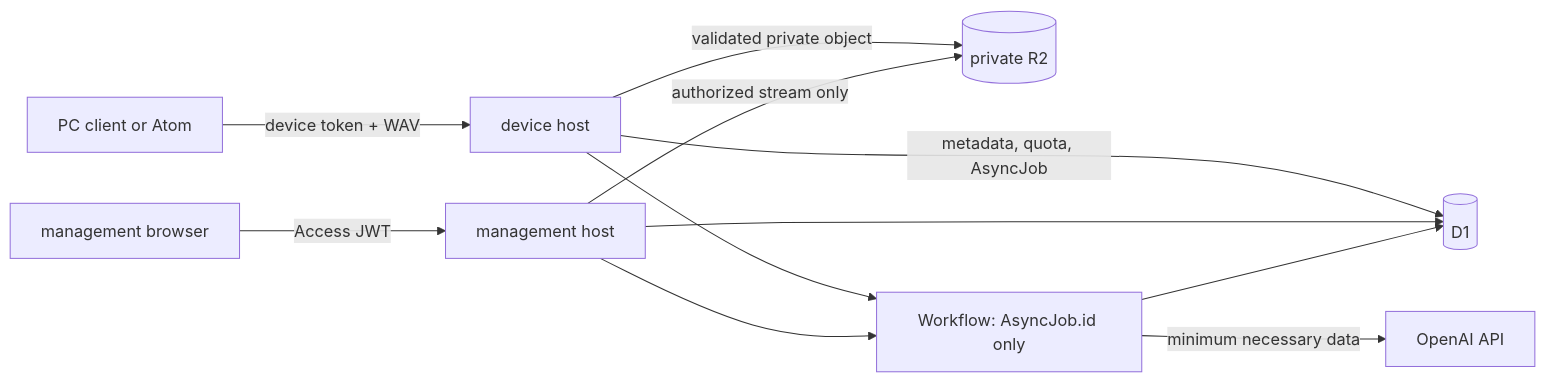
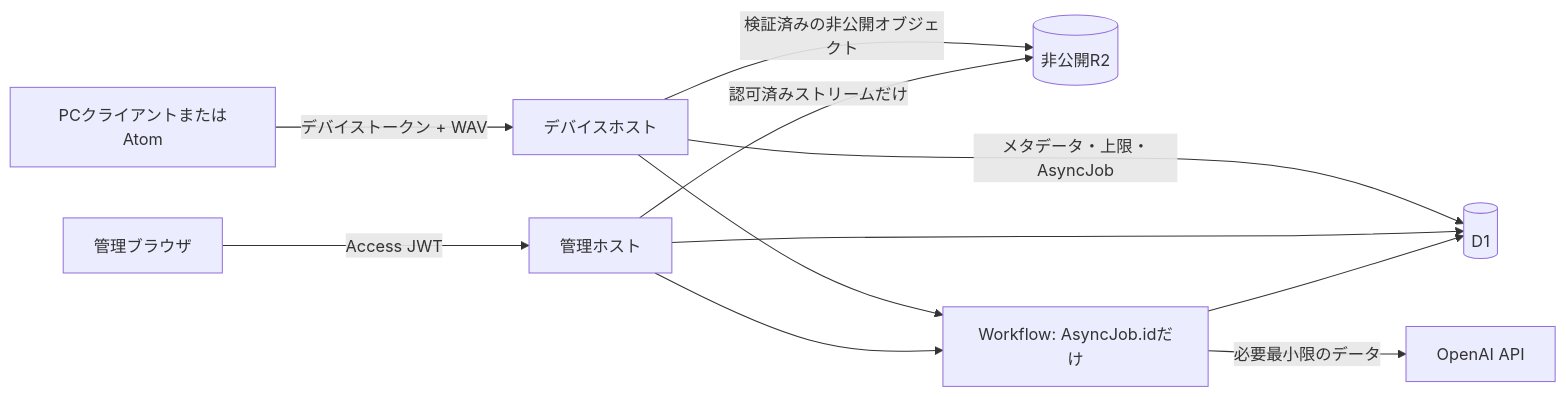
Before and after one commit to in0ho1no/Little-Echoes: the diagram in main/docs/phase1-contracts.md, drawn with Mermaid. The commit also changed other lines of this file and 5 other files, not shown here.

````diff
--- a/main/docs/phase1-contracts.md
+++ b/main/docs/phase1-contracts.md
@@ -20,13 +18,13 @@
 ```mermaid
 flowchart LR
-    C[PC client or Atom] -->|device token + WAV| D[device host]
-    D -->|validated private object| R[(private R2)]
-    D -->|metadata, quota, AsyncJob| DB[(D1)]
-    M[management browser] -->|Access JWT| A[management host]
+    C[PCクライアントまたはAtom] -->|デバイストークン + WAV| D[デバイスホスト]
+    D -->|検証済みの非公開オブジェクト| R[(非公開R2)]
+    D -->|メタデータ・上限・AsyncJob| DB[(D1)]
+    M[管理ブラウザ] -->|Access JWT| A[管理ホスト]
     A --> DB
-    A -->|authorized stream only| R
-    D --> W[Workflow: AsyncJob.id only]
+    A -->|認可済みストリームだけ| R
+    D --> W[Workflow: AsyncJob.idだけ]
     A --> W
     W --> DB
-    W -->|minimum necessary data| O[OpenAI API]
+    W -->|必要最小限のデータ| O[OpenAI API]
 ```
````
